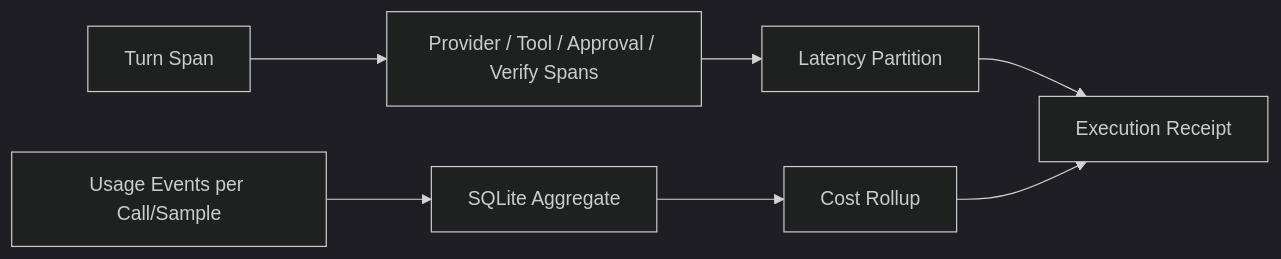
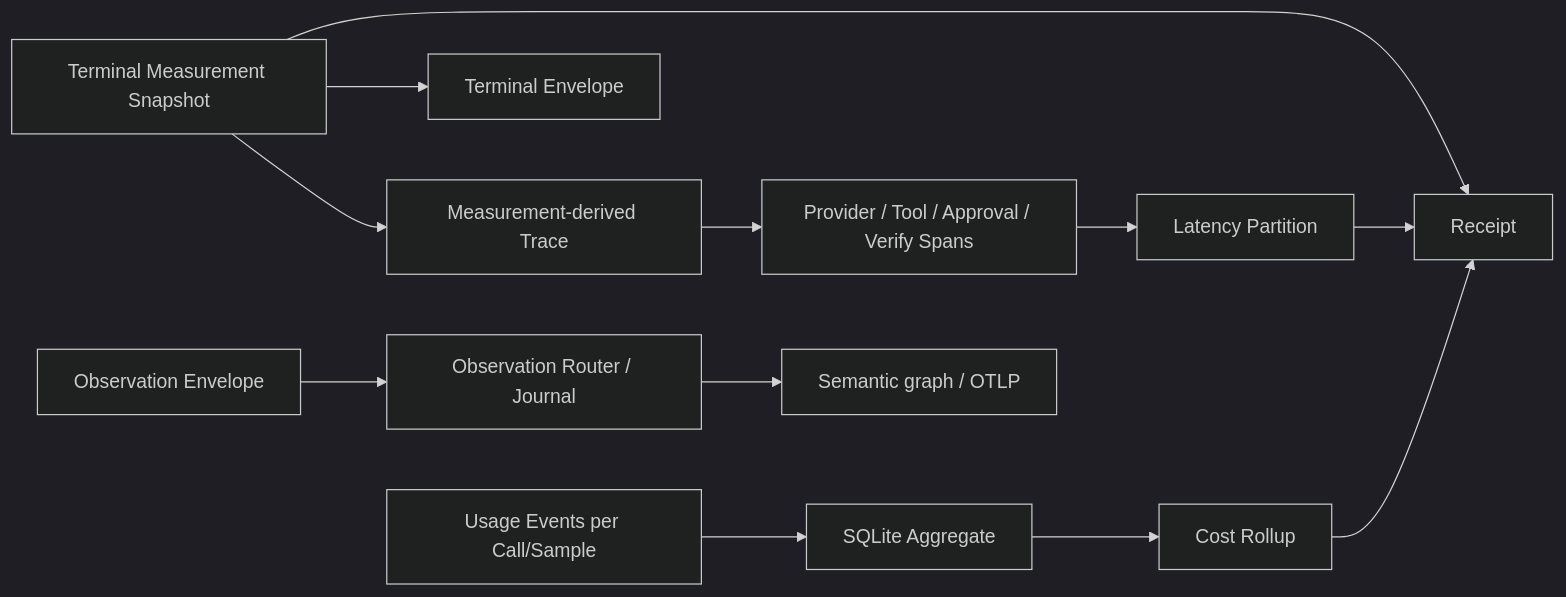
The diagram in docs/book/en/08-state-observability/04-trace-usage-cost.md (fwtllh-png/CodeHelper), drawn with Mermaid (dark theme) before and after one commit. The commit also changed other lines of this file and 314 other files, not shown here.

````diff
--- a/docs/book/en/08-state-observability/04-trace-usage-cost.md
+++ b/docs/book/en/08-state-observability/04-trace-usage-cost.md
@@ -36,9 +50,14 @@
 ```mermaid
 flowchart LR
-    T[Turn Span] --> P[Provider / Tool / Approval / Verify Spans]
+    M[Terminal Measurement Snapshot] --> R[Receipt]
+    M --> T[Measurement-derived Trace]
+    M --> E[Terminal Envelope]
+    T --> P[Provider / Tool / Approval / Verify Spans]
     P --> L[Latency Partition]
     U[Usage Events per Call/Sample] --> A[SQLite Aggregate]
     A --> C[Cost Rollup]
-    L --> R[Execution Receipt]
+    O[Observation Envelope] --> J[Observation Router / Journal]
+    J --> X[Semantic graph / OTLP]
+    L --> R
     C --> R
 ```
````
